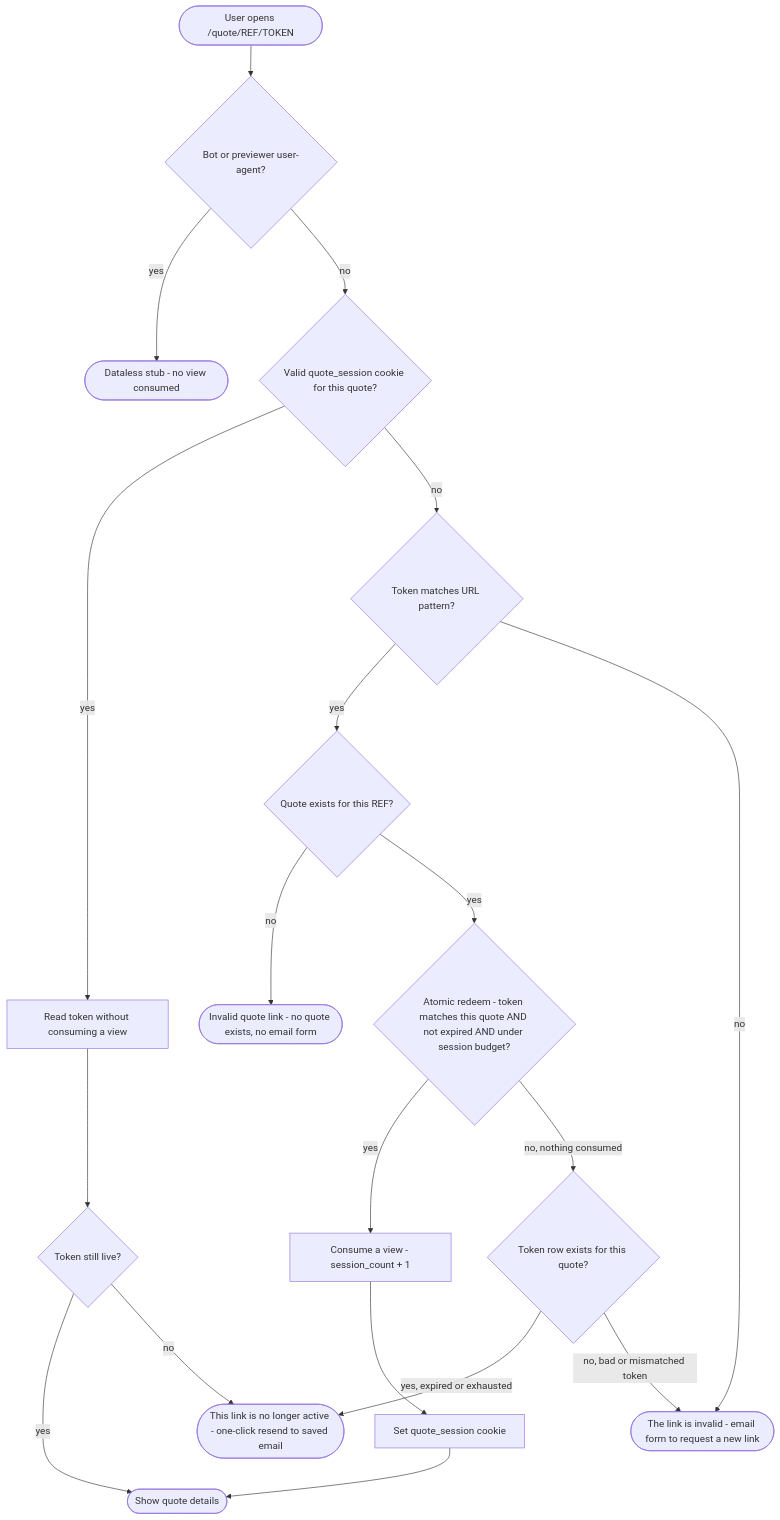
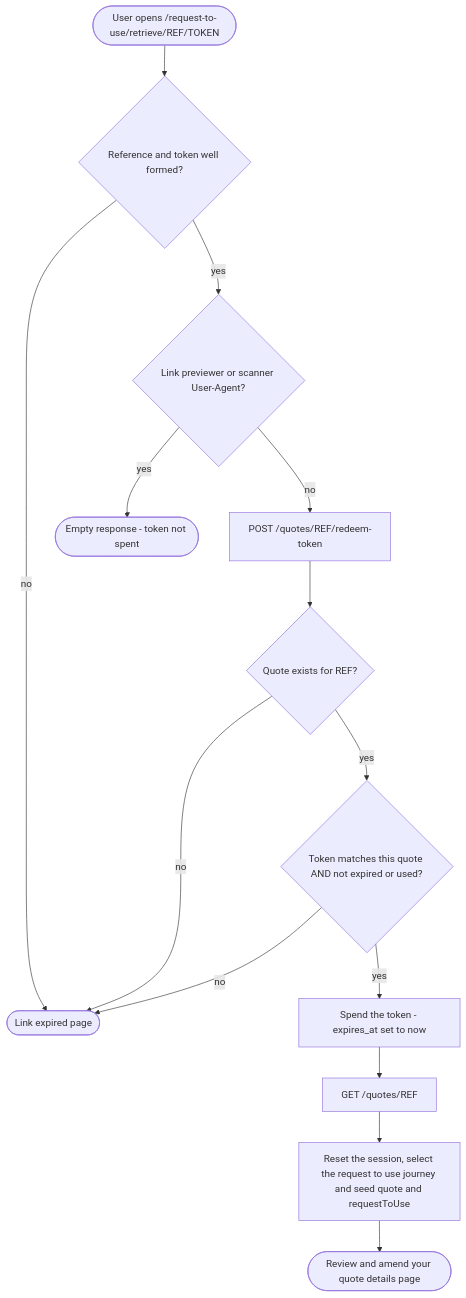
Before and after one commit to DEFRA/nrf-solution: the second of 2 diagrams in docs/features/magic-links/access-flow.md, drawn with Mermaid. The commit also changed other lines of this file and 5 other files, not shown here.

````diff
--- a/docs/features/magic-links/access-flow.md
+++ b/docs/features/magic-links/access-flow.md
@@ -7,28 +29,20 @@
 ```mermaid
 flowchart TD
-  start([User opens /quote/REF/TOKEN]) --> bot{Bot or previewer user-agent?}
+  open([User opens /request-to-use/retrieve/REF/TOKEN]) --> format{Reference and token well formed?}
+  format -- no --> expired([Link expired page])
 
-  bot -- yes --> stub([Dataless stub - no view consumed])
+  format -- yes --> bot{Link previewer or scanner User-Agent?}
+  bot -- yes --> stub([Empty response - token not spent])
 
-  bot -- no --> cookie{Valid quote_session cookie for this quote?}
+  bot -- no --> redeem[POST /quotes/REF/redeem-token]
+  redeem --> quote{Quote exists for REF?}
+  quote -- no --> expired
 
-  cookie -- yes --> read[Read token without consuming a view]
-  read --> readlive{Token still live?}
-  readlive -- yes --> details([Show quote details])
-  readlive -- no --> knownexp([This link is no longer active - one-click resend to saved email])
+  quote -- yes --> atomic{Token matches this quote AND not expired or used?}
+  atomic -- no --> expired
+  atomic -- yes --> spend[Spend the token - expires_at set to now]
 
-  cookie -- no --> pattern{Token matches URL pattern?}
-  pattern -- yes --> quotelookup{Quote exists for this REF?}
-
-  quotelookup -- no --> notfound([Invalid quote link - no quote exists, no email form])
-  quotelookup -- yes --> redeem{Atomic redeem - token matches this quote AND not expired AND under session budget?}
-
-  redeem -- yes --> consume[Consume a view - session_count + 1]
-  consume --> setcookie[Set quote_session cookie]
-  setcookie --> details
-
-  redeem -- no, nothing consumed --> tokenrow{Token row exists for this quote?}
-  tokenrow -- yes, expired or exhausted --> knownexp
-  tokenrow -- no, bad or mismatched token --> invalid([The link is invalid - email form to request a new link])
-  pattern -- no --> invalid
+  spend --> read[GET /quotes/REF]
+  read --> seed[Reset the session, select the request to use journey and seed quote and requestToUse]
+  seed --> review([Review and amend your quote details page])
 ```
````
